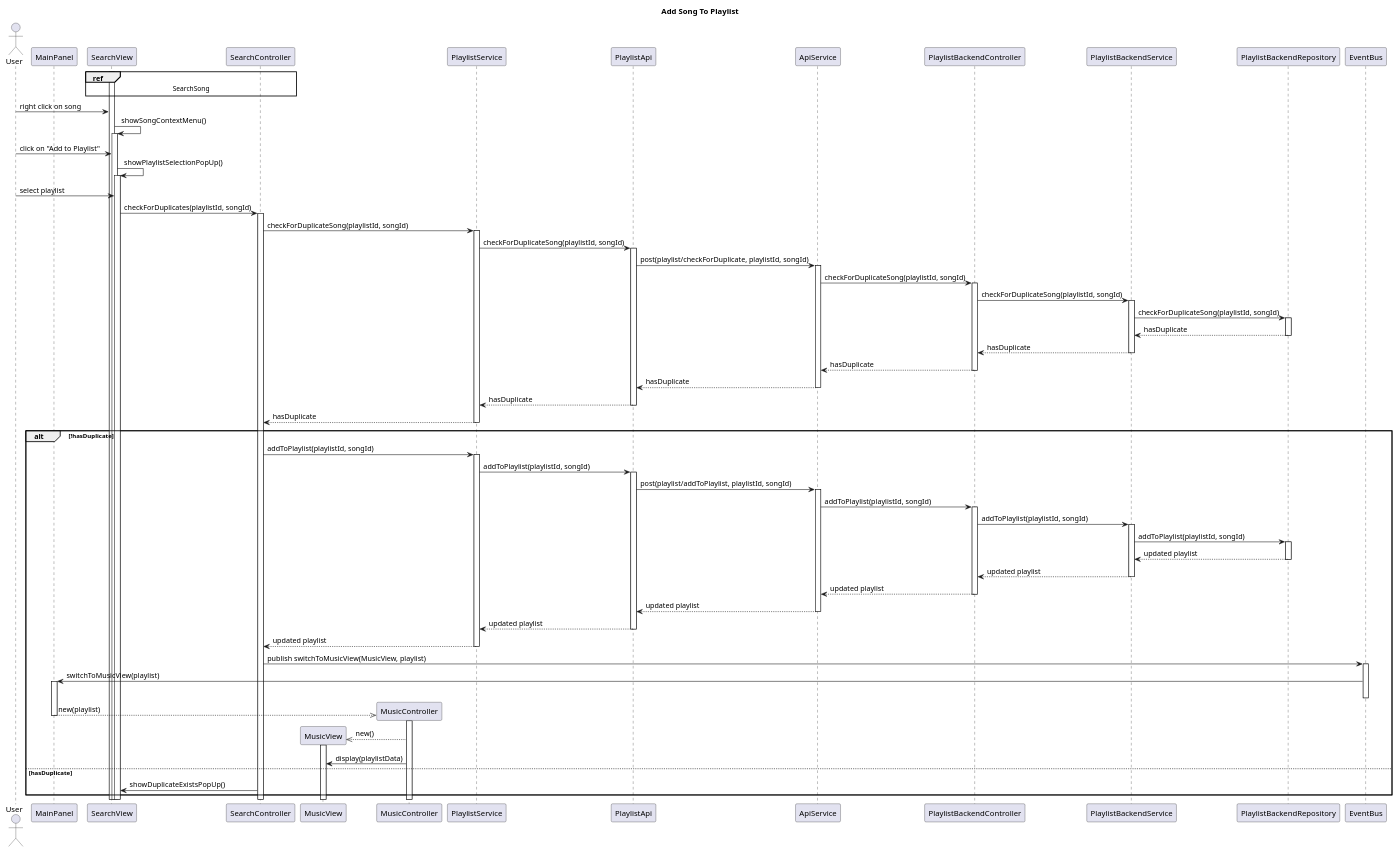
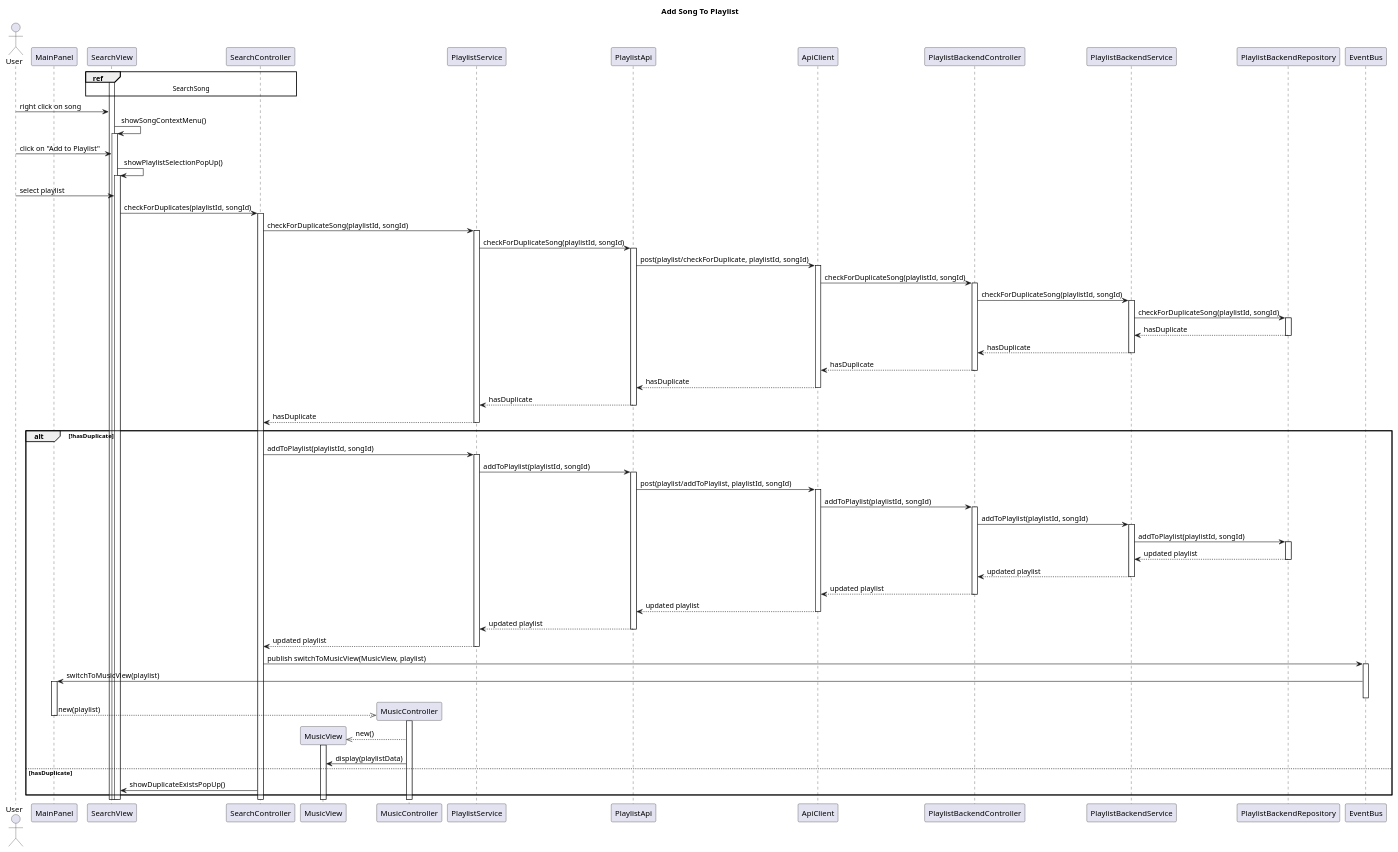
The diagram in Paradoteo_4/SequenceDiagrams-v0.3/AddSongToPlaylist.puml (RubenKingCP/Tunix), drawn with PlantUML before and after one commit. The commit also changed 40 other files, not shown here.

```diff
--- a/Paradoteo_4/SequenceDiagrams-v0.3/AddSongToPlaylist.puml
+++ b/Paradoteo_4/SequenceDiagrams-v0.3/AddSongToPlaylist.puml
@@ -1,104 +1,104 @@
 @startuml AddSongToPlaylist
 
 title Add Song To Playlist
 
 actor User
 
 participant MainPanel
 participant SearchView
 participant SearchController
 participant MusicView
 participant MusicController
 participant PlaylistService
 participant PlaylistApi
-participant ApiService
+participant ApiClient
 participant PlaylistBackendController
 participant PlaylistBackendService
 participant PlaylistBackendRepository
 
 
 participant EventBus
 
 ref over SearchView, SearchController
 SearchSong
 end ref
 activate SearchView
 User -> SearchView : right click on song
 SearchView -> SearchView : showSongContextMenu()
 activate SearchView
 User -> SearchView : click on "Add to Playlist"
 SearchView -> SearchView : showPlaylistSelectionPopUp()
 activate SearchView
 User -> SearchView : select playlist
 SearchView -> SearchController : checkForDuplicates(playlistId, songId)
 activate SearchController
 SearchController -> PlaylistService : checkForDuplicateSong(playlistId, songId)
 activate PlaylistService
 PlaylistService -> PlaylistApi : checkForDuplicateSong(playlistId, songId)
 activate PlaylistApi
-PlaylistApi -> ApiService : post(playlist/checkForDuplicate, playlistId, songId)
+PlaylistApi -> ApiClient : post(playlist/checkForDuplicate, playlistId, songId)
 'will need to find an alternative to send both ids with one argument
-activate ApiService
-ApiService -> PlaylistBackendController : checkForDuplicateSong(playlistId, songId)
+activate ApiClient
+ApiClient -> PlaylistBackendController : checkForDuplicateSong(playlistId, songId)
 activate PlaylistBackendController
 PlaylistBackendController -> PlaylistBackendService : checkForDuplicateSong(playlistId, songId)
 activate PlaylistBackendService
 PlaylistBackendService -> PlaylistBackendRepository : checkForDuplicateSong(playlistId, songId)
 activate PlaylistBackendRepository
 PlaylistBackendRepository --> PlaylistBackendService : hasDuplicate
 deactivate PlaylistBackendRepository
 PlaylistBackendService --> PlaylistBackendController : hasDuplicate
 deactivate PlaylistBackendService
-PlaylistBackendController --> ApiService : hasDuplicate
+PlaylistBackendController --> ApiClient : hasDuplicate
 deactivate PlaylistBackendController
-ApiService --> PlaylistApi : hasDuplicate
-deactivate ApiService
+ApiClient --> PlaylistApi : hasDuplicate
+deactivate ApiClient
 PlaylistApi --> PlaylistService : hasDuplicate
 deactivate PlaylistApi
 PlaylistService --> SearchController : hasDuplicate
 deactivate PlaylistService
 alt !hasDuplicate
 SearchController -> PlaylistService : addToPlaylist(playlistId, songId)
 activate PlaylistService
 PlaylistService -> PlaylistApi : addToPlaylist(playlistId, songId)
 activate PlaylistApi
-PlaylistApi -> ApiService : post(playlist/addToPlaylist, playlistId, songId)
+PlaylistApi -> ApiClient : post(playlist/addToPlaylist, playlistId, songId)
 'will need to find an alternative to send both ids with one argument
-activate ApiService
-ApiService -> PlaylistBackendController : addToPlaylist(playlistId, songId)
+activate ApiClient
+ApiClient -> PlaylistBackendController : addToPlaylist(playlistId, songId)
 activate PlaylistBackendController
 PlaylistBackendController -> PlaylistBackendService : addToPlaylist(playlistId, songId)
 activate PlaylistBackendService
 PlaylistBackendService -> PlaylistBackendRepository : addToPlaylist(playlistId, songId)
 activate PlaylistBackendRepository
 PlaylistBackendRepository --> PlaylistBackendService : updated playlist
 deactivate PlaylistBackendRepository
 PlaylistBackendService --> PlaylistBackendController : updated playlist
 deactivate PlaylistBackendService
-PlaylistBackendController --> ApiService : updated playlist
+PlaylistBackendController --> ApiClient : updated playlist
 deactivate PlaylistBackendController
-ApiService --> PlaylistApi : updated playlist
-deactivate ApiService
+ApiClient --> PlaylistApi : updated playlist
+deactivate ApiClient
 PlaylistApi --> PlaylistService : updated playlist
 deactivate PlaylistApi
 PlaylistService --> SearchController : updated playlist
 deactivate PlaylistService
 SearchController -> EventBus : publish switchToMusicView(MusicView, playlist)
 activate EventBus
 EventBus -> MainPanel : switchToMusicView(playlist)
 activate MainPanel
 deactivate EventBus
 create MusicController
 MainPanel -->> MusicController : new(playlist)
 activate MusicController
 deactivate MainPanel
 create MusicView
 MusicController -->> MusicView : new()
 activate MusicView
 MusicController -> MusicView : display(playlistData)
 
 else hasDuplicate
 SearchController -> SearchView : showDuplicateExistsPopUp()
 end
 
 @enduml
```
